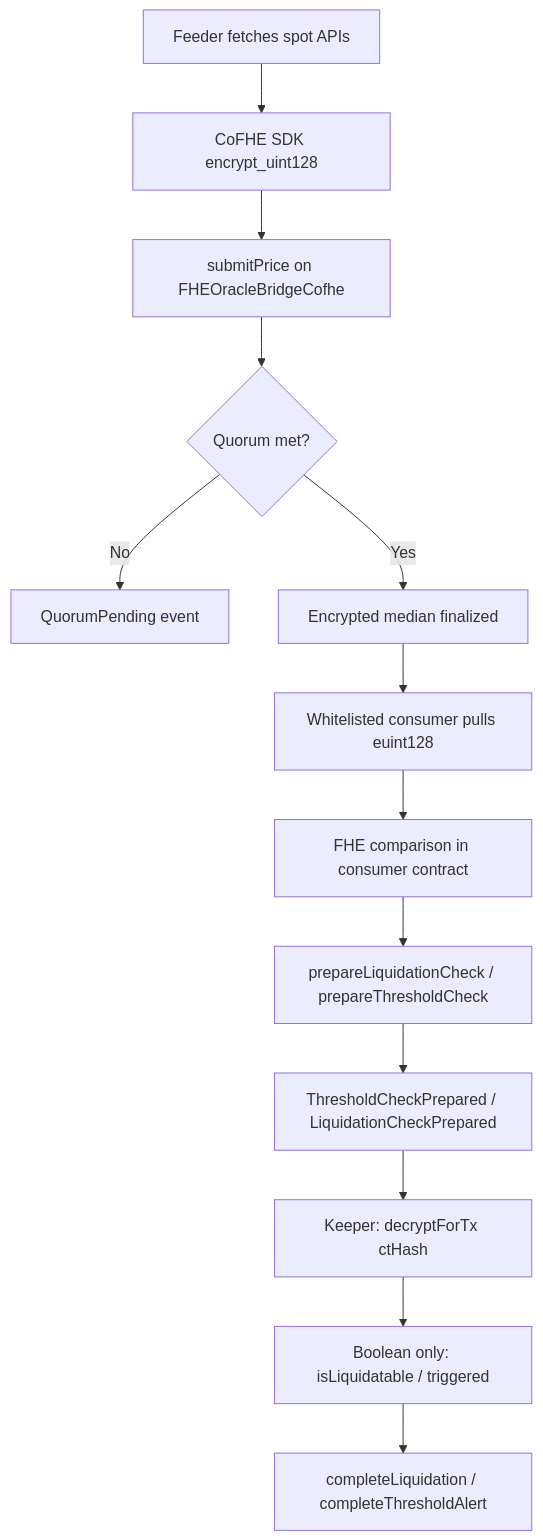
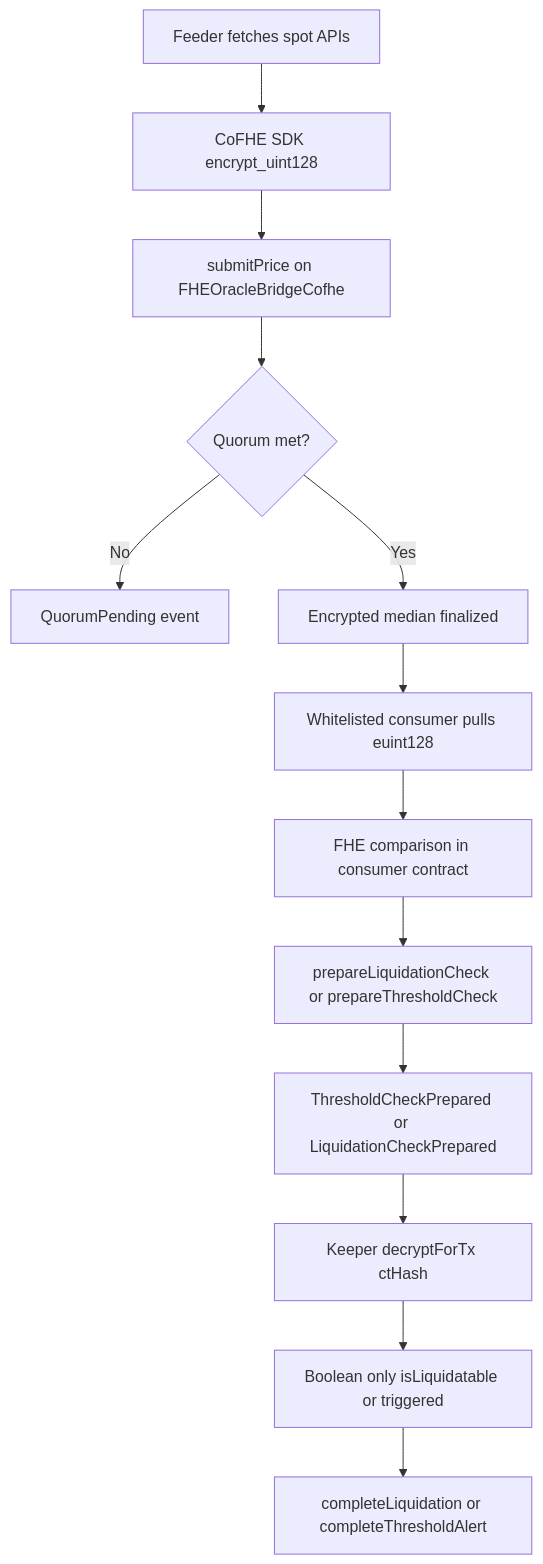
The first of 7 diagrams in README.md (Nanle-code/fhe-oracle-bridge), drawn with Mermaid before and after one commit. The commit also changed other lines of this file, not shown here.

````diff
--- a/README.md
+++ b/README.md
@@ -308,15 +290,15 @@
 ```mermaid
 flowchart TD
     A[Feeder fetches spot APIs] --> B[CoFHE SDK encrypt_uint128]
     B --> C[submitPrice on FHEOracleBridgeCofhe]
     C --> D{Quorum met?}
     D -- No --> E[QuorumPending event]
     D -- Yes --> F[Encrypted median finalized]
     F --> G[Whitelisted consumer pulls euint128]
     G --> H[FHE comparison in consumer contract]
-    H --> I[prepareLiquidationCheck / prepareThresholdCheck]
-    I --> J[ThresholdCheckPrepared / LiquidationCheckPrepared]
-    J --> K[Keeper: decryptForTx ctHash]
-    K --> L[Boolean only: isLiquidatable / triggered]
-    L --> M[completeLiquidation / completeThresholdAlert]
+    H --> I["prepareLiquidationCheck or prepareThresholdCheck"]
+    I --> J["ThresholdCheckPrepared or LiquidationCheckPrepared"]
+    J --> K["Keeper decryptForTx ctHash"]
+    K --> L["Boolean only isLiquidatable or triggered"]
+    L --> M["completeLiquidation or completeThresholdAlert"]
 ```
````
